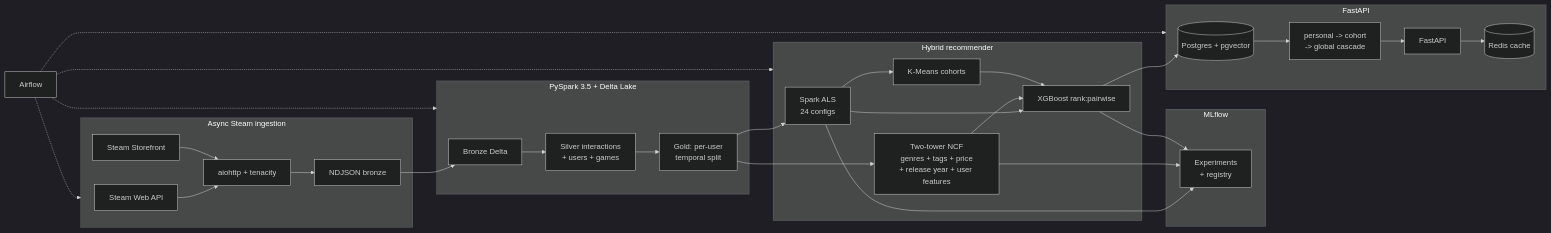
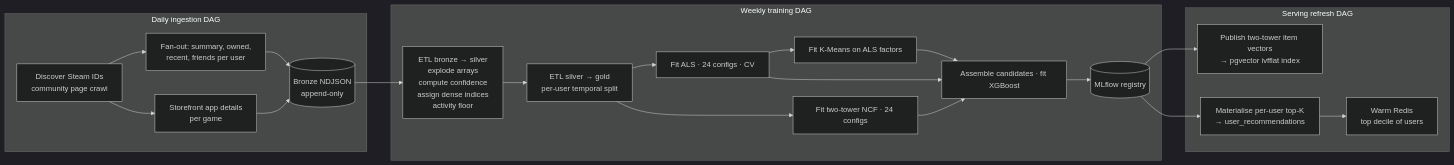
The fifth of 6 diagrams in README.md (DevDesai444/Game-Stream-Recommender-System), drawn with Mermaid (dark theme) before and after one commit. The commit also changed other lines of this file and 4 other files, not shown here.

First line of the commit message:
docs(readme): hiring-grade rewrite with system + NCF + hybrid + request-flow diagrams

````diff
--- a/README.md
+++ b/README.md
@@ -91,41 +288,30 @@
 ```mermaid
 flowchart LR
-    subgraph Ingest["Async Steam ingestion"]
-        S1[Steam Web API] --> A1[aiohttp + tenacity]
-        S2[Steam Storefront] --> A1
-        A1 --> B1[NDJSON bronze]
+    subgraph Daily["Daily ingestion DAG"]
+        Q1[Discover Steam IDs<br/>community page crawl]
+        Q2[Fan-out: summary, owned,<br/>recent, friends per user]
+        Q3[Storefront app details<br/>per game]
+        Q1 --> Q2
+        Q1 --> Q3
+        Q2 --> BR[(Bronze NDJSON<br/>append-only)]
+        Q3 --> BR
     end
 
-    subgraph Lake["PySpark 3.5 + Delta Lake"]
-        B1 --> BR[Bronze Delta]
-        BR --> SI[Silver interactions<br/>+ users + games]
-        SI --> GO[Gold: per-user<br/>temporal split]
+    subgraph Weekly["Weekly training DAG"]
+        BR --> ETL1[ETL bronze → silver<br/>explode arrays<br/>compute confidence<br/>assign dense indices<br/>activity floor]
+        ETL1 --> ETL2[ETL silver → gold<br/>per-user temporal split]
+        ETL2 --> ALSF[Fit ALS · 24 configs · CV]
+        ETL2 --> NCFF[Fit two-tower NCF · 24 configs]
+        ALSF --> KMF[Fit K-Means on ALS factors]
+        ALSF --> XF[Assemble candidates · fit XGBoost]
+        NCFF --> XF
+        KMF --> XF
+        XF --> REG[(MLflow registry)]
     end
 
-    subgraph Models["Hybrid recommender"]
-        GO --> ALS[Spark ALS<br/>24 configs]
-        GO --> TT[Two-tower NCF<br/>genres + tags + price<br/>+ release year + user features]
-        ALS --> KM[K-Means cohorts]
-        ALS --> XGB[XGBoost rank:pairwise]
-        TT --> XGB
-        KM --> XGB
+    subgraph Nightly["Serving refresh DAG"]
+        REG --> EMB[Publish two-tower item vectors<br/>→ pgvector ivfflat index]
+        REG --> RECS[Materialise per-user top-K<br/>→ user_recommendations]
+        RECS --> WARM[Warm Redis<br/>top decile of users]
     end
-
-    subgraph Track["MLflow"]
-        ALS --> ML[Experiments<br/>+ registry]
-        TT --> ML
-        XGB --> ML
-    end
-
-    subgraph Serve["FastAPI"]
-        XGB --> PG[(Postgres + pgvector)]
-        PG --> CASCADE[personal -> cohort<br/>-> global cascade]
-        CASCADE --> API[FastAPI]
-        API --> RD[(Redis cache)]
-    end
-
-    Air[Airflow] -.-> Ingest
-    Air -.-> Lake
-    Air -.-> Models
-    Air -.-> Serve
 ```
````
